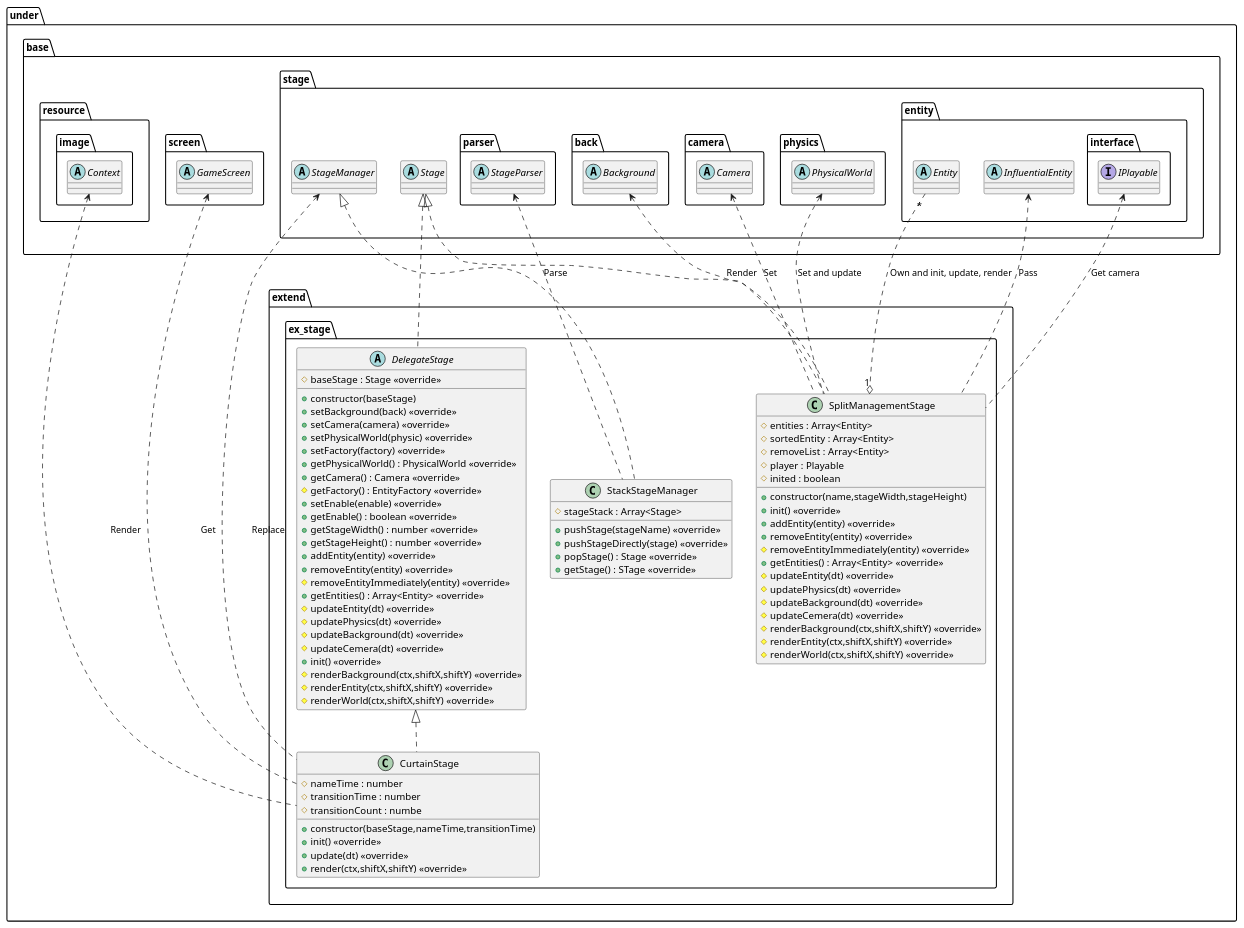
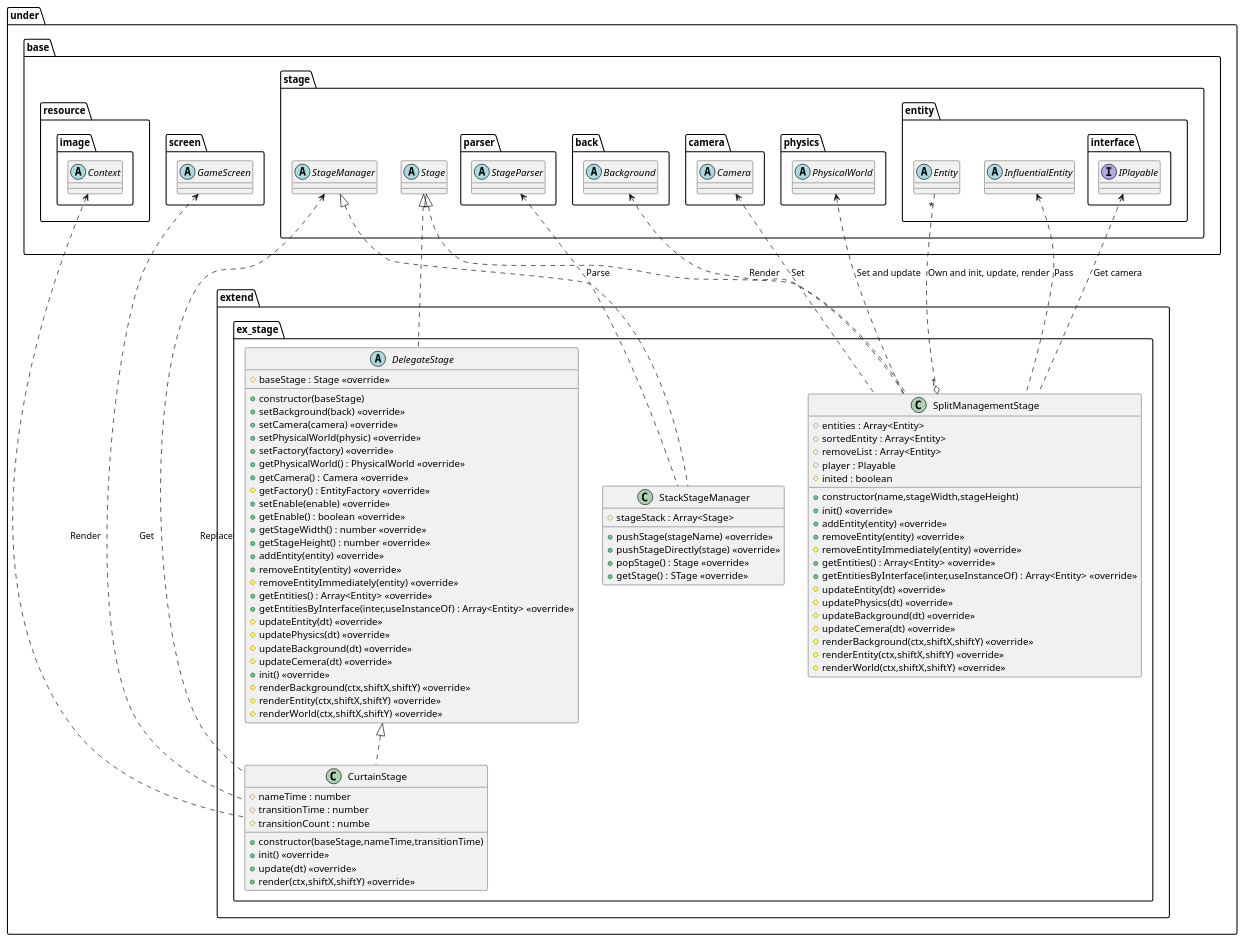
Before and after one commit to Expine/Under: the diagram in uml/stage/Extend.wsd, drawn with PlantUML. The commit also changed 17 other files, not shown here.

```diff
--- a/uml/stage/Extend.wsd
+++ b/uml/stage/Extend.wsd
@@ -1,125 +1,127 @@
 @startuml StageExtend
 package under {
     package extend {
         package ex_stage {
             class StackStageManager {
                 #stageStack : Array<Stage>
                 +pushStage(stageName) <<override>>
                 +pushStageDirectly(stage) <<override>>
                 +popStage() : Stage <<override>>
                 +getStage() : STage <<override>>
             }
             class SplitManagementStage {
                 +constructor(name,stageWidth,stageHeight)
                 #entities : Array<Entity>
                 #sortedEntity : Array<Entity>
                 #removeList : Array<Entity>
                 #player : Playable
                 #inited : boolean
                 +init() <<override>>
                 +addEntity(entity) <<override>>
                 +removeEntity(entity) <<override>>
                 #removeEntityImmediately(entity) <<override>>
                 +getEntities() : Array<Entity> <<override>>
+                +getEntitiesByInterface(inter,useInstanceOf) : Array<Entity> <<override>>
                 #updateEntity(dt) <<override>>
                 #updatePhysics(dt) <<override>>
                 #updateBackground(dt) <<override>>
                 #updateCemera(dt) <<override>>
                 #renderBackground(ctx,shiftX,shiftY) <<override>>
                 #renderEntity(ctx,shiftX,shiftY) <<override>>
                 #renderWorld(ctx,shiftX,shiftY) <<override>>
             }
             abstract DelegateStage {
                 +constructor(baseStage)
                 #baseStage : Stage <<override>>
                 +setBackground(back) <<override>>
                 +setCamera(camera) <<override>>
                 +setPhysicalWorld(physic) <<override>>
                 +setFactory(factory) <<override>>
                 +getPhysicalWorld() : PhysicalWorld <<override>>
                 +getCamera() : Camera <<override>>
                 #getFactory() : EntityFactory <<override>>
                 +setEnable(enable) <<override>>
                 +getEnable() : boolean <<override>>
                 +getStageWidth() : number <<override>>
                 +getStageHeight() : number <<override>>
                 +addEntity(entity) <<override>>
                 +removeEntity(entity) <<override>>
                 #removeEntityImmediately(entity) <<override>>
                 +getEntities() : Array<Entity> <<override>>
+                +getEntitiesByInterface(inter,useInstanceOf) : Array<Entity> <<override>>
                 #updateEntity(dt) <<override>>
                 #updatePhysics(dt) <<override>>
                 #updateBackground(dt) <<override>>
                 #updateCemera(dt) <<override>>
                 +init() <<override>>
                 #renderBackground(ctx,shiftX,shiftY) <<override>>
                 #renderEntity(ctx,shiftX,shiftY) <<override>>
                 #renderWorld(ctx,shiftX,shiftY) <<override>>
             }
             class CurtainStage {
                 +constructor(baseStage,nameTime,transitionTime)
                 #nameTime : number
                 #transitionTime : number
                 #transitionCount : numbe
                 +init() <<override>>
                 +update(dt) <<override>>
                 +render(ctx,shiftX,shiftY) <<override>>
             }
         }
     }
 }
 
 package under {
     package base {
         package resource {
             package image {
                 abstract Context
             }
         }
         package screen {
             abstract GameScreen
         }
         package stage {
             abstract Stage
             abstract StageManager
             package parser {
                 abstract StageParser
             }
             package back {
                 abstract Background
             }
             package camera {
                 abstract Camera
             }
             package physics {
                 abstract PhysicalWorld
             }
             package entity {
                 package interface {
                     interface IPlayable
                 }
                 abstract Entity
                 abstract InfluentialEntity
             }
         }
     }
 }
 
 StageParser <.. StackStageManager : Parse
 Entity "*" ..o "1" SplitManagementStage : Own and init, update, render
 IPlayable <.. SplitManagementStage : Get camera
 InfluentialEntity <.. SplitManagementStage : Pass
 Camera <.. SplitManagementStage : Set
 Background <.. SplitManagementStage : Render
 PhysicalWorld <.. SplitManagementStage : Set and update
 
 StageManager <.. CurtainStage : Replace
 GameScreen <.. CurtainStage : Get
 Context <.. CurtainStage : Render
 
 StageManager <|.. StackStageManager
 Stage <|.. SplitManagementStage
 Stage <|.. DelegateStage
 DelegateStage <|.. CurtainStage
 
 @enduml
```
